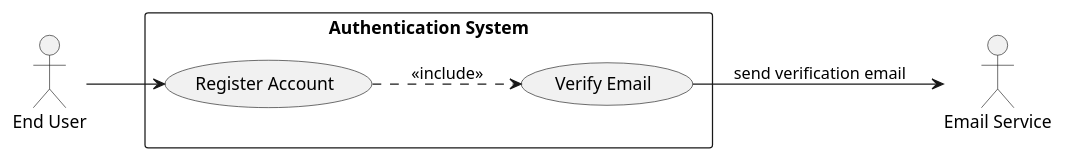
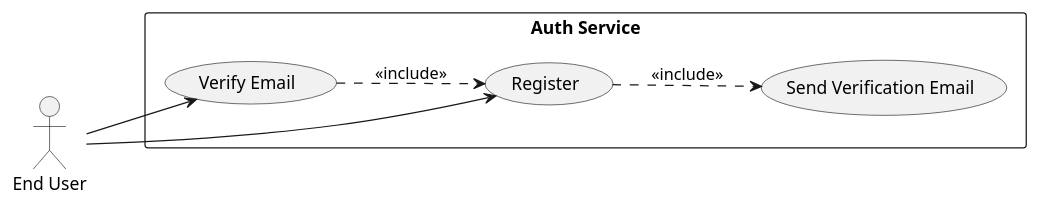
Before and after one commit to Bimmi-kumari-singh/Agent-testing: the first of 6 diagrams in .propel/context/docs/spec.md, drawn with PlantUML. The commit also changed other lines of this file, not shown here.

````diff
--- a/.propel/context/docs/spec.md
+++ b/.propel/context/docs/spec.md
@@ -254,18 +242,18 @@
 ```plantuml
 @startuml
 left to right direction
 skinparam packageStyle rectangle
 
 actor "End User" as User
-actor "Email Service" as Email
-
-rectangle "Authentication System" {
-  usecase (Register Account) as UC1
-  usecase (Verify Email) as UC1b
+rectangle "Auth Service" {
+  usecase (Register) as UC1
+  usecase (Send Verification Email) as UC2
+  usecase (Verify Email) as UC3
 }
 
 User --> UC1
-UC1 ..> UC1b : <<include>>
-UC1b --> Email : send verification email
+UC1 ..> UC2 : <<include>>
+User --> UC3
+UC3 ..> UC1 : <<include>>
 @enduml
 ```
````
